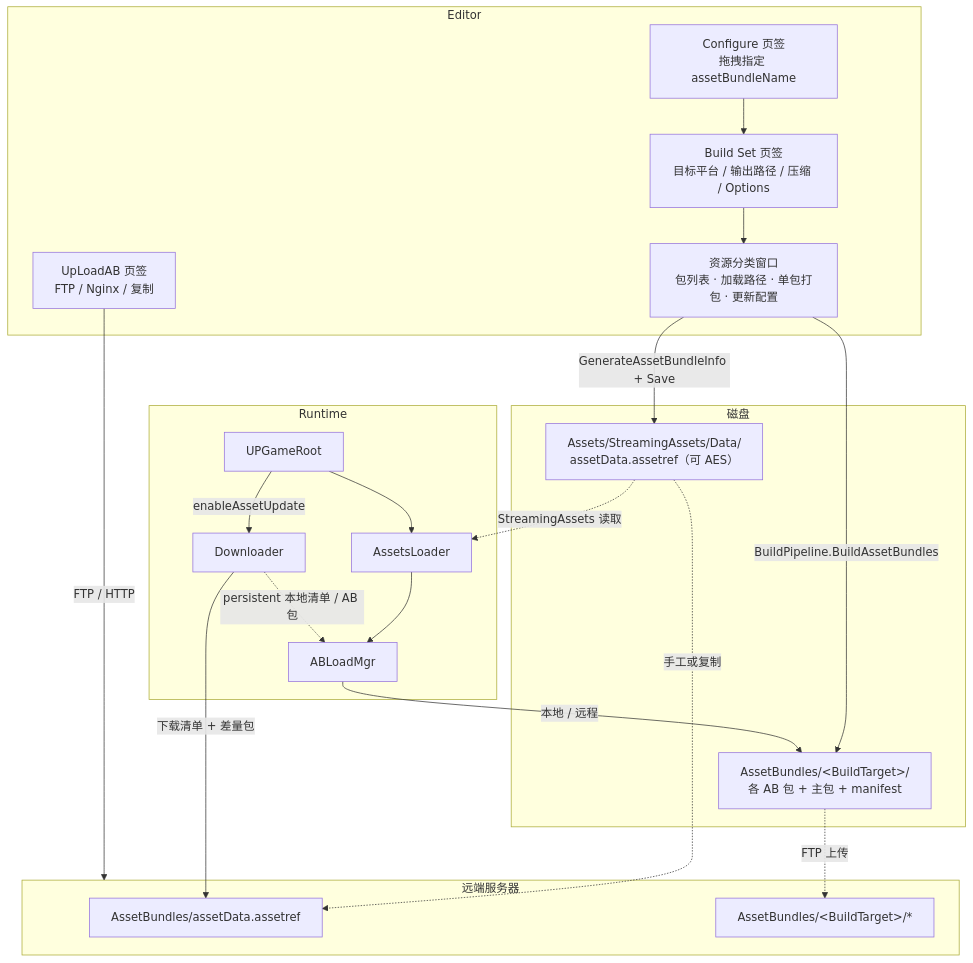
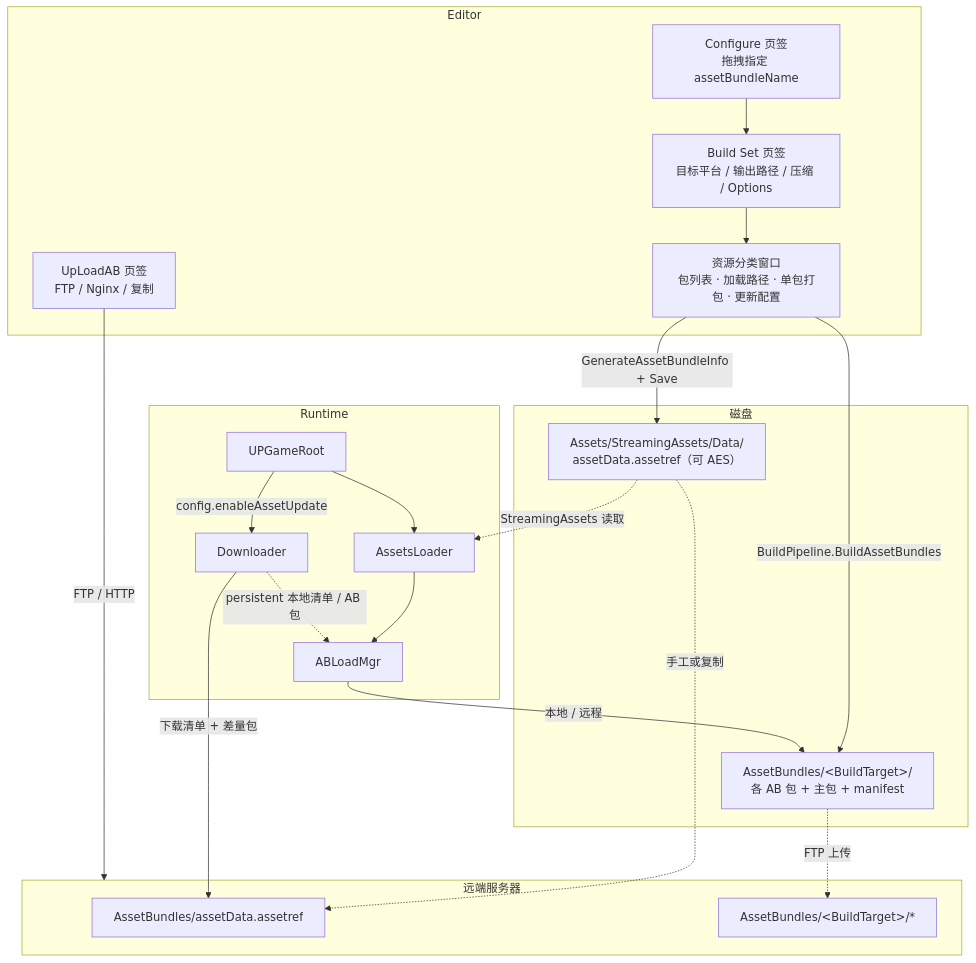
One commit to HJX-GitUser/UPandaFramework changed the first of 2 diagrams in Editor/AssetBundleTools/README.md. Above: the diagram before and after it, drawn with Mermaid. The commit also changed other lines of this file and 9 other files, not shown here.

````diff
--- a/Editor/AssetBundleTools/README.md
+++ b/Editor/AssetBundleTools/README.md
@@ -51,40 +51,40 @@
 ```mermaid
 flowchart TB
     subgraph Editor
         A["Configure 页签<br/>拖拽指定 assetBundleName"]
         B["Build Set 页签<br/>目标平台 / 输出路径 / 压缩 / Options"]
         C["资源分类窗口<br/>包列表 · 加载路径 · 单包打包 · 更新配置"]
         D["UpLoadAB 页签<br/>FTP / Nginx / 复制"]
     end
 
     subgraph Disk[磁盘]
         OUT["AssetBundles/&lt;BuildTarget&gt;/<br/>各 AB 包 + 主包 + manifest"]
         REF["Assets/StreamingAssets/Data/<br/>assetData.assetref（可 AES）"]
     end
 
     subgraph Remote[远端服务器]
         RREF["AssetBundles/assetData.assetref"]
         RAB["AssetBundles/&lt;BuildTarget&gt;/*"]
     end
 
     subgraph Runtime
         G[UPGameRoot]
         DL[Downloader]
         L[AssetsLoader]
         M[ABLoadMgr]
     end
 
     A --> B --> C
     C -->|BuildPipeline.BuildAssetBundles| OUT
     C -->|GenerateAssetBundleInfo + Save| REF
     D -->|FTP / HTTP| Remote
     REF -.->|手工或复制| RREF
     OUT -.->|FTP 上传| RAB
 
-    G -->|enableAssetUpdate| DL
+    G -->|config.enableAssetUpdate| DL
     DL -->|下载清单 + 差量包| RREF
     G --> L --> M
     REF -.->|StreamingAssets 读取| L
     DL -.->|persistent 本地清单 / AB 包| M
     M -->|本地 / 远程| OUT
 ```
````
